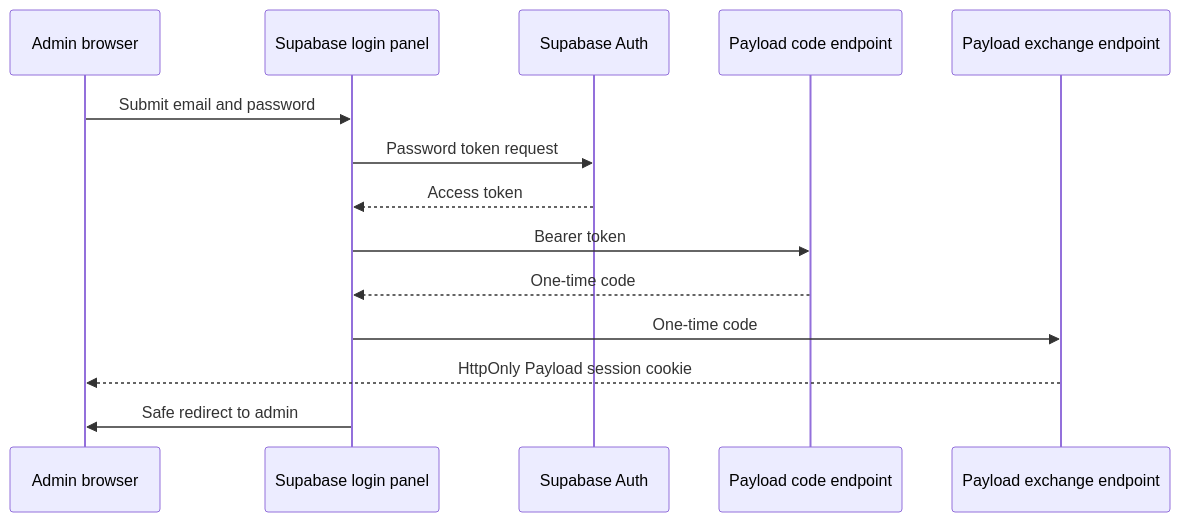
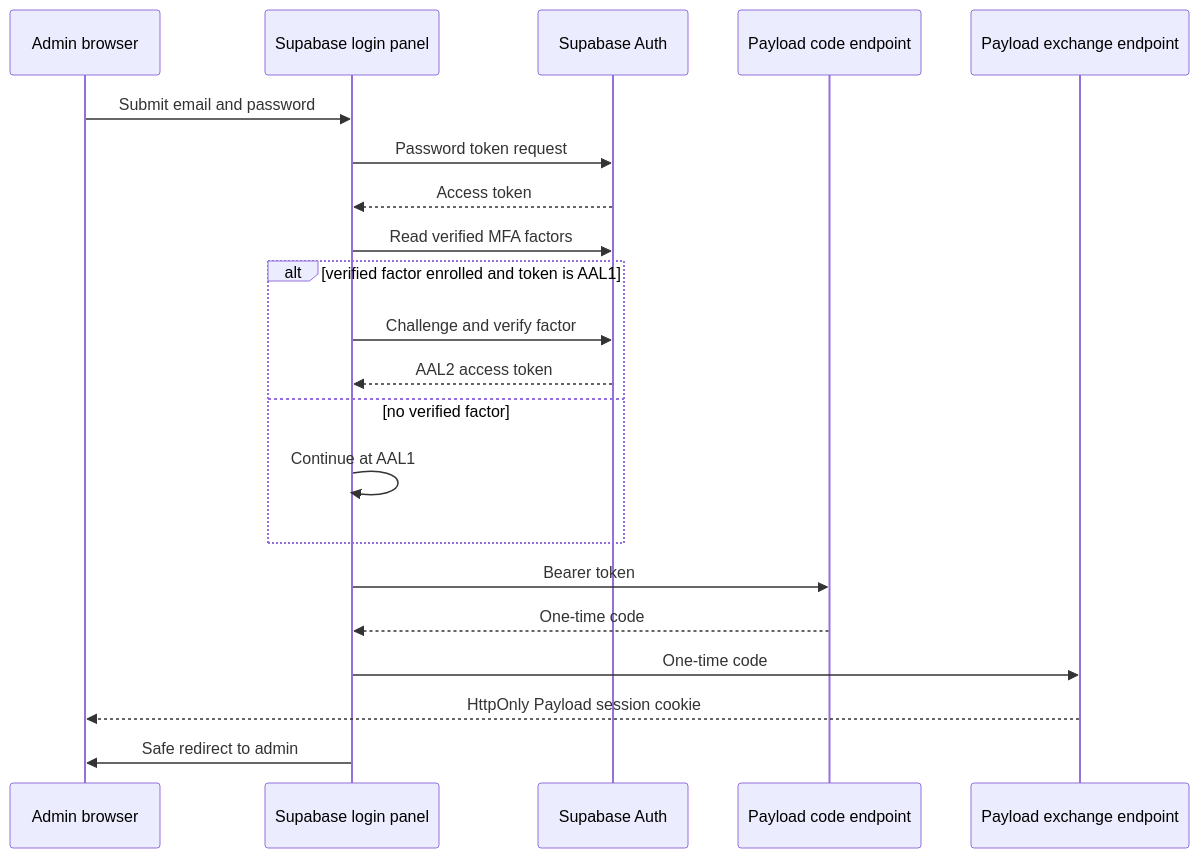
Before and after one commit to dombestein-data/payload-supabase-auth: the first of 2 diagrams in docs/architecture.md, drawn with Mermaid. The commit also changed other lines of this file and 51 other files, not shown here.

````diff
--- a/docs/architecture.md
+++ b/docs/architecture.md
@@ -125,17 +132,24 @@
 ```mermaid
 sequenceDiagram
     participant Admin as Admin browser
     participant Login as Supabase login panel
     participant Supabase as Supabase Auth
     participant Issue as Payload code endpoint
     participant Exchange as Payload exchange endpoint
 
     Admin->>Login: Submit email and password
     Login->>Supabase: Password token request
     Supabase-->>Login: Access token
+    Login->>Supabase: Read verified MFA factors
+    alt verified factor enrolled and token is AAL1
+        Login->>Supabase: Challenge and verify factor
+        Supabase-->>Login: AAL2 access token
+    else no verified factor
+        Login->>Login: Continue at AAL1
+    end
     Login->>Issue: Bearer token
     Issue-->>Login: One-time code
     Login->>Exchange: One-time code
     Exchange-->>Admin: HttpOnly Payload session cookie
     Login->>Admin: Safe redirect to admin
 ```
````
